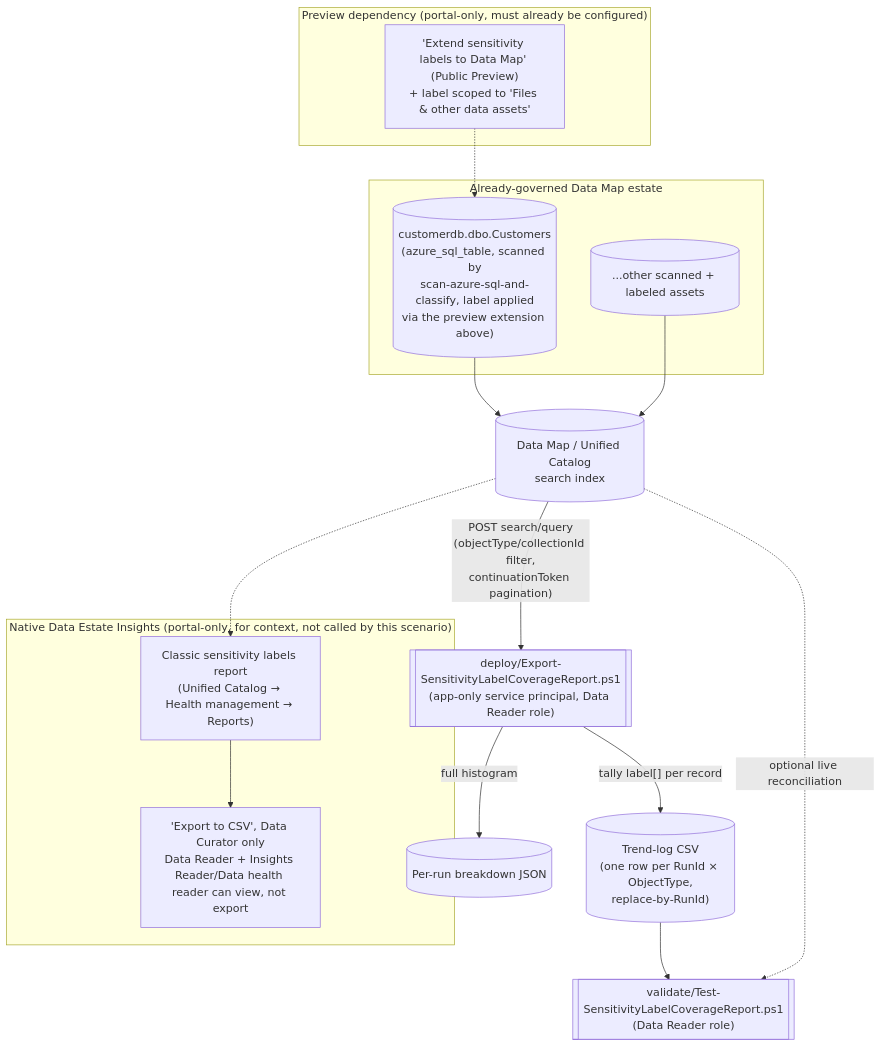
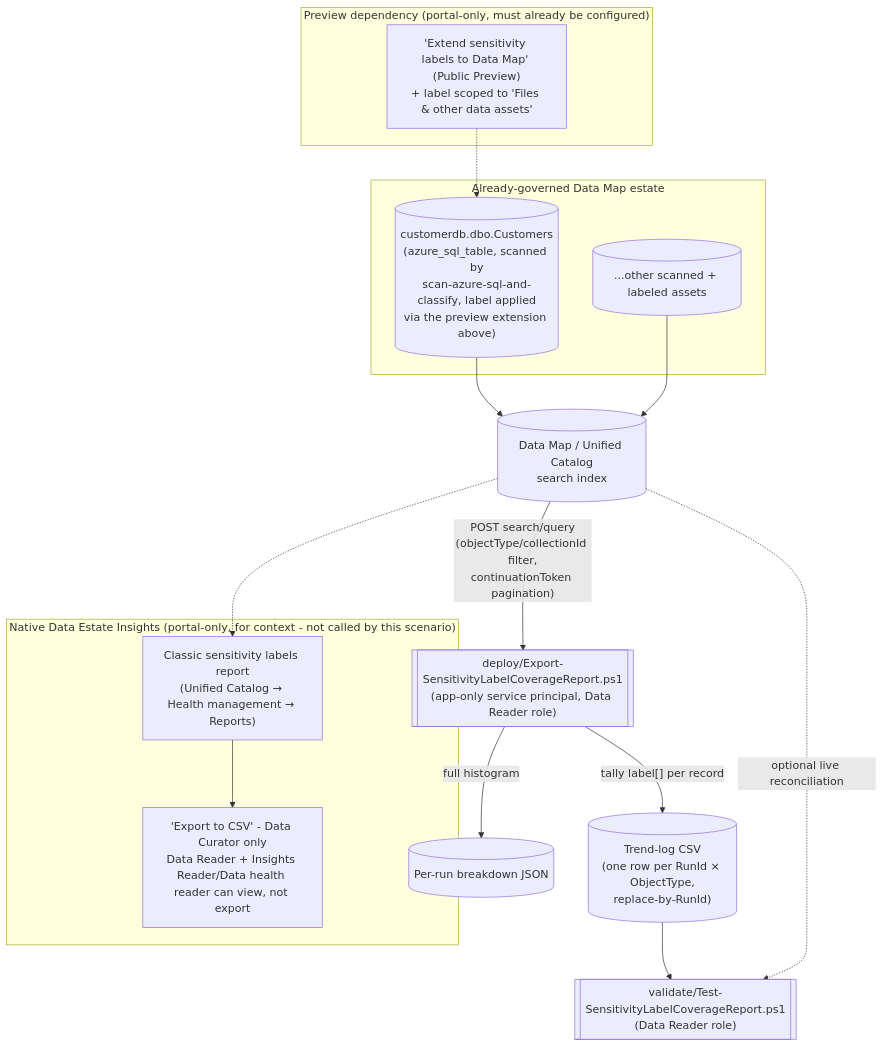
The diagram in src/content/scenarios/data-estate-insights/sensitivity-label-coverage-report.md (kpsec1/kpsec1.github.io), drawn with Mermaid before and after one commit. The commit also changed other lines of this file and 374 other files, not shown here.

````diff
--- a/src/content/scenarios/data-estate-insights/sensitivity-label-coverage-report.md
+++ b/src/content/scenarios/data-estate-insights/sensitivity-label-coverage-report.md
@@ -95,32 +95,32 @@
 ```mermaid
 flowchart TD
-    subgraph Native["Native Data Estate Insights (portal-only, for context, not called by this scenario)"]
+    subgraph Native["Native Data Estate Insights (portal-only, for context - not called by this scenario)"]
         Insights["Classic sensitivity labels report<br/>(Unified Catalog → Health management → Reports)"]
-        ExportGate["'Export to CSV', Data Curator only<br/>Data Reader + Insights Reader/Data health reader can view, not export"]
+        ExportGate["'Export to CSV' - Data Curator only<br/>Data Reader + Insights Reader/Data health reader can view, not export"]
         Insights --> ExportGate
     end
 
     subgraph Upstream["Preview dependency (portal-only, must already be configured)"]
         Extend["'Extend sensitivity labels to Data Map' (Public Preview)<br/>+ label scoped to 'Files & other data assets'"]
     end
 
     subgraph Estate["Already-governed Data Map estate"]
         Asset[("customerdb.dbo.Customers<br/>(azure_sql_table, scanned by<br/>scan-azure-sql-and-classify, label applied<br/>via the preview extension above)")]
         Other[("...other scanned + labeled assets")]
     end
 
     Extend -.-> Asset
     Index[("Data Map / Unified Catalog<br/>search index")]
     Asset --> Index
     Other --> Index
     Index -.-> Insights
 
     Report[["deploy/Export-SensitivityLabelCoverageReport.ps1<br/>(app-only service principal, Data Reader role)"]]
     Index -- "POST search/query<br/>(objectType/collectionId filter,<br/>continuationToken pagination)" --> Report
     Report -- "tally label[] per record" --> Trend[("Trend-log CSV<br/>(one row per RunId × ObjectType,<br/>replace-by-RunId)")]
     Report -- "full histogram" --> Breakdown[("Per-run breakdown JSON")]
 
     Validator[["validate/Test-SensitivityLabelCoverageReport.ps1<br/>(Data Reader role)"]]
     Trend --> Validator
     Index -. "optional live reconciliation" .-> Validator
 ```
````
